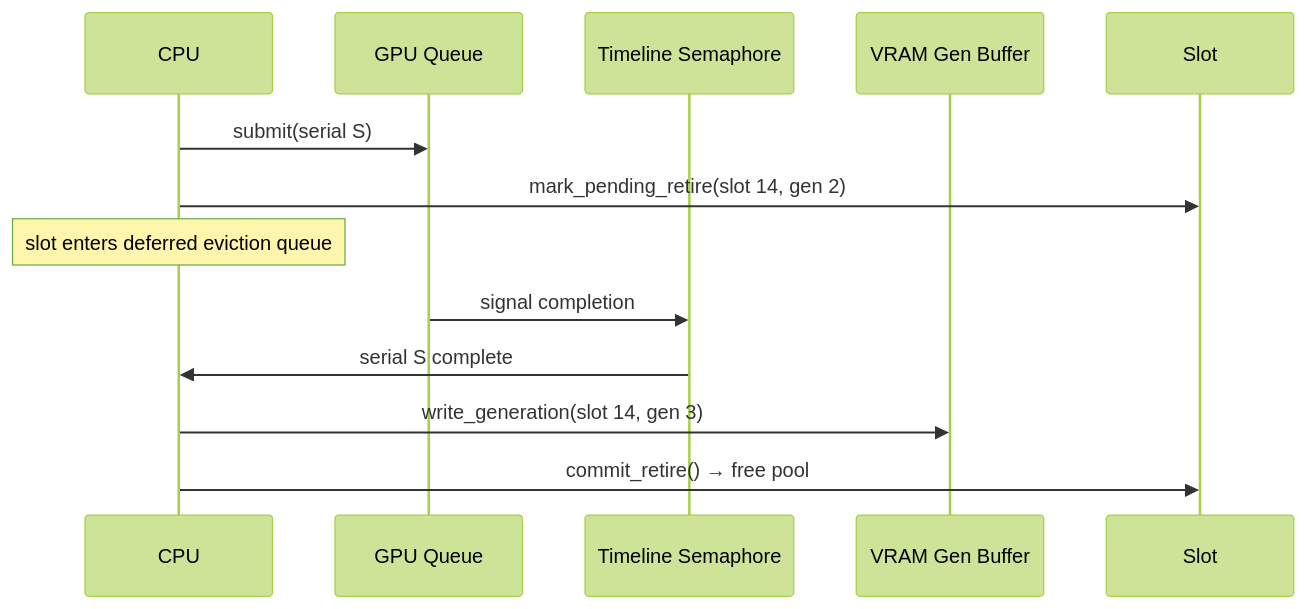
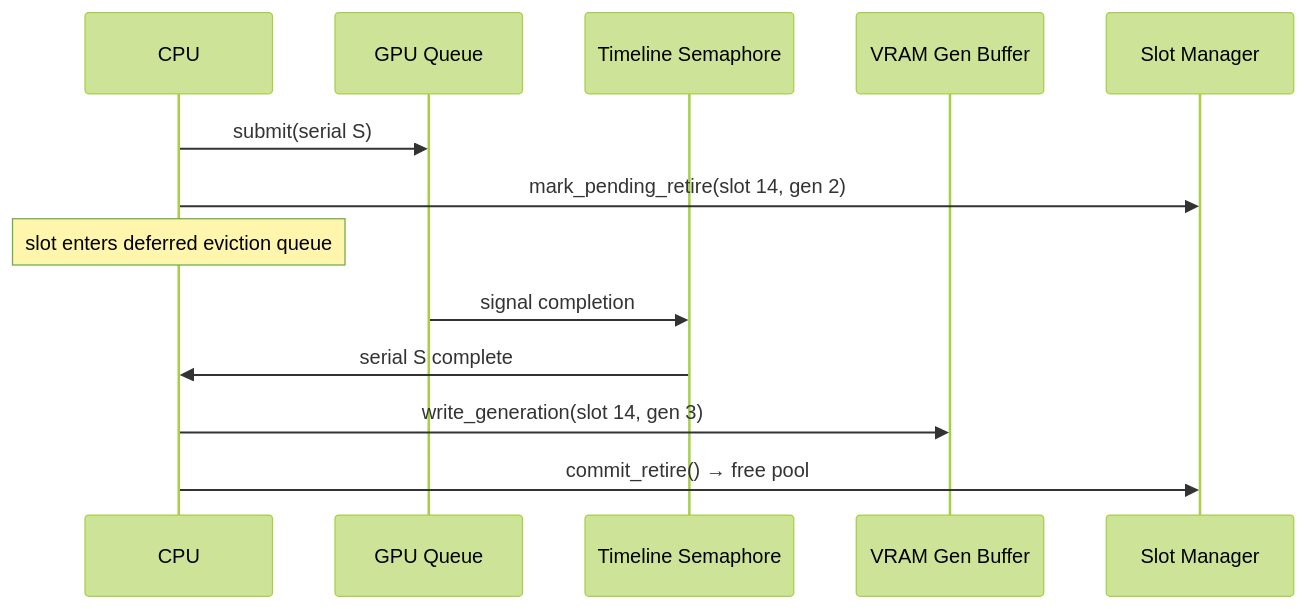
One commit to Far-Beyond-Pulsar/blog changed the second of 4 diagrams in public/posts/2026-07-17-scenedb20-cross-device-spatial-database.md. Above: the diagram before and after it, drawn with Mermaid (forest theme). The commit also changed other lines of this file and 1 other file, not shown here.

Commit message:
Diagram updates

````diff
--- a/public/posts/2026-07-17-scenedb20-cross-device-spatial-database.md
+++ b/public/posts/2026-07-17-scenedb20-cross-device-spatial-database.md
@@ -287,15 +287,16 @@
 ```mermaid
 sequenceDiagram
     participant CPU
     participant GPU as GPU Queue
     participant Sem as Timeline Semaphore
     participant VRAM as VRAM Gen Buffer
+    participant Slot as Slot Manager
     
     CPU->>GPU: submit(serial S)
     CPU->>Slot: mark_pending_retire(slot 14, gen 2)
     Note over CPU: slot enters deferred eviction queue
     GPU->>Sem: signal completion
     Sem->>CPU: serial S complete
     CPU->>VRAM: write_generation(slot 14, gen 3)
     CPU->>Slot: commit_retire() → free pool
 ```
````
